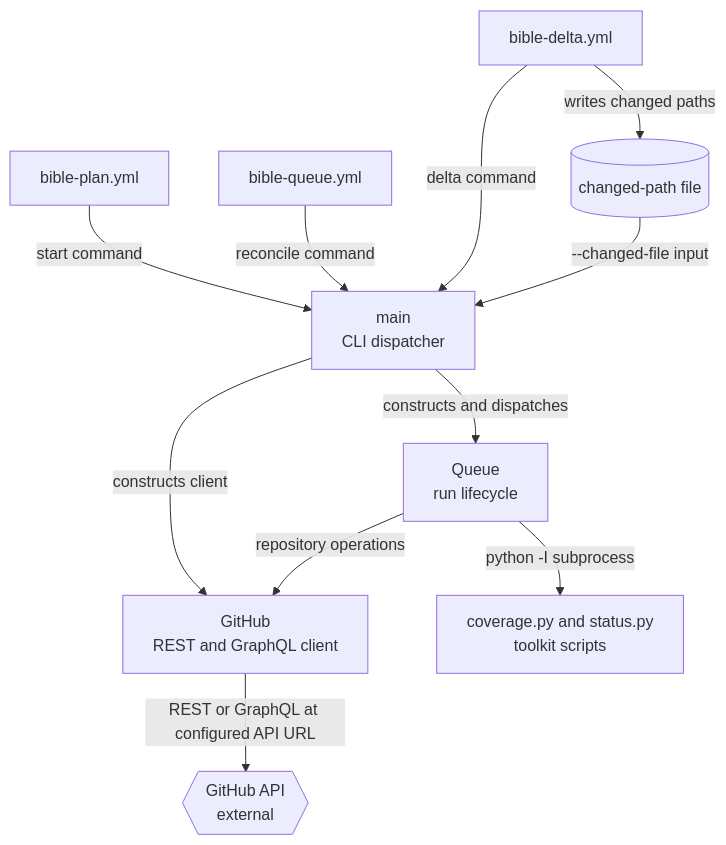
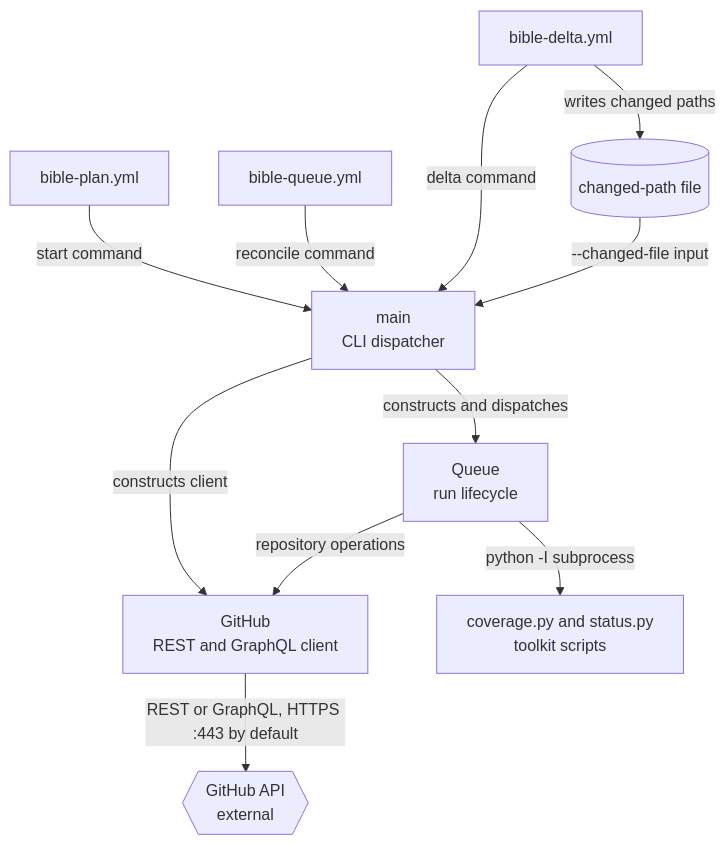
The first of 4 diagrams in codebase-analysis/lld/bible-mode-b/README.md (vishalc412/bible-mode-b-test), drawn with Mermaid before and after one commit. The commit also changed other lines of this file and 27 other files, not shown here.

````diff
--- a/codebase-analysis/lld/bible-mode-b/README.md
+++ b/codebase-analysis/lld/bible-mode-b/README.md
@@ -40,22 +40,22 @@
 ```mermaid
 flowchart TB
   planworkflow["bible-plan.yml"]
   queueworkflow["bible-queue.yml"]
   deltaworkflow["bible-delta.yml"]
   changedfile[("changed-path file")]
   main["main<br/>CLI dispatcher"]
   queue["Queue<br/>run lifecycle"]
   client["GitHub<br/>REST and GraphQL client"]
   scripts["coverage.py and status.py<br/>toolkit scripts"]
   api{{"GitHub API<br/>external"}}
   planworkflow -->|"start command"| main
   queueworkflow -->|"reconcile command"| main
   deltaworkflow -->|"delta command"| main
   deltaworkflow -->|"writes changed paths"| changedfile
   changedfile -->|"--changed-file input"| main
   main -->|"constructs and dispatches"| queue
   main -->|"constructs client"| client
   queue -->|"repository operations"| client
   queue -->|"python -I subprocess"| scripts
-  client -->|"REST or GraphQL at configured API URL"| api
+  client -->|"REST or GraphQL, HTTPS :443 by default"| api
 ```
````
